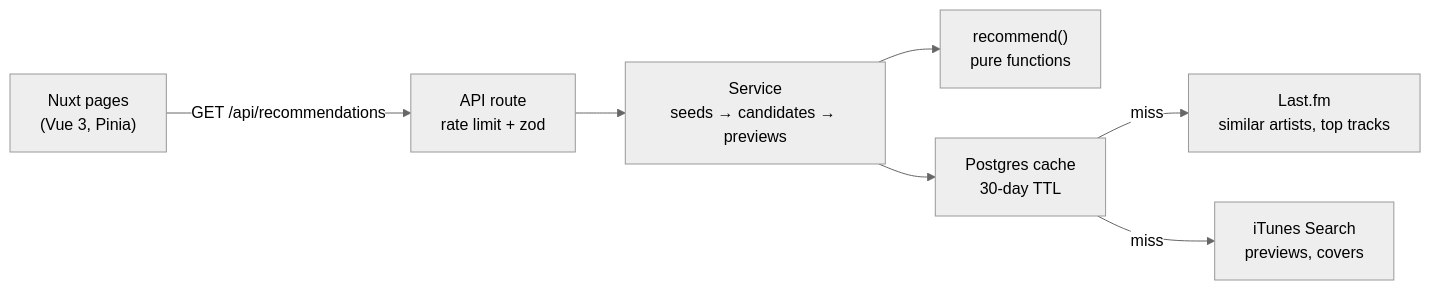
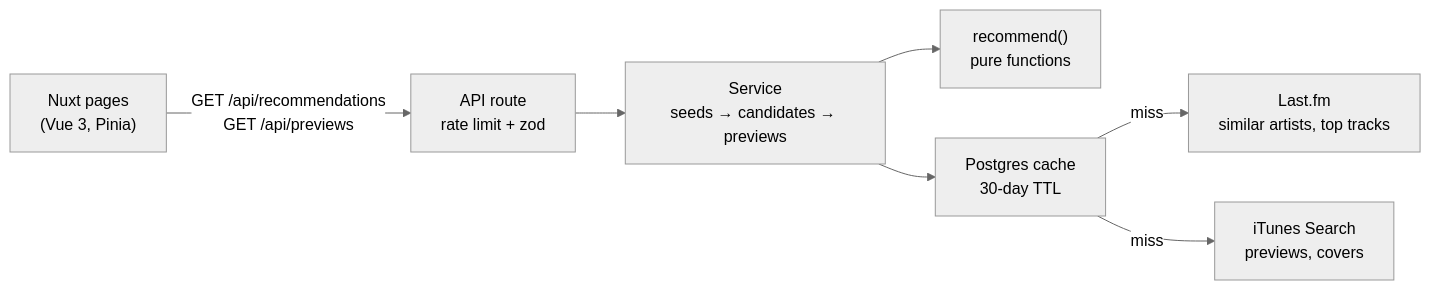
The diagram in README.md (ellenchialin/music-recs), drawn with Mermaid (neutral theme) before and after one commit. The commit also changed other lines of this file and 21 other files, not shown here.

````diff
--- a/README.md
+++ b/README.md
@@ -21,9 +21,9 @@
 ```mermaid
 flowchart LR
-  UI["Nuxt pages<br/>(Vue 3, Pinia)"] -->|GET /api/recommendations| Route
+  UI["Nuxt pages<br/>(Vue 3, Pinia)"] -->|GET /api/recommendations<br/>GET /api/previews| Route
   Route["API route<br/>rate limit + zod"] --> Service["Service<br/>seeds → candidates → previews"]
   Service --> Algo["recommend()<br/>pure functions"]
   Service --> Cache["Postgres cache<br/>30-day TTL"]
   Cache -->|miss| Lastfm["Last.fm<br/>similar artists, top tracks"]
   Cache -->|miss| Itunes["iTunes Search<br/>previews, covers"]
 ```
````
